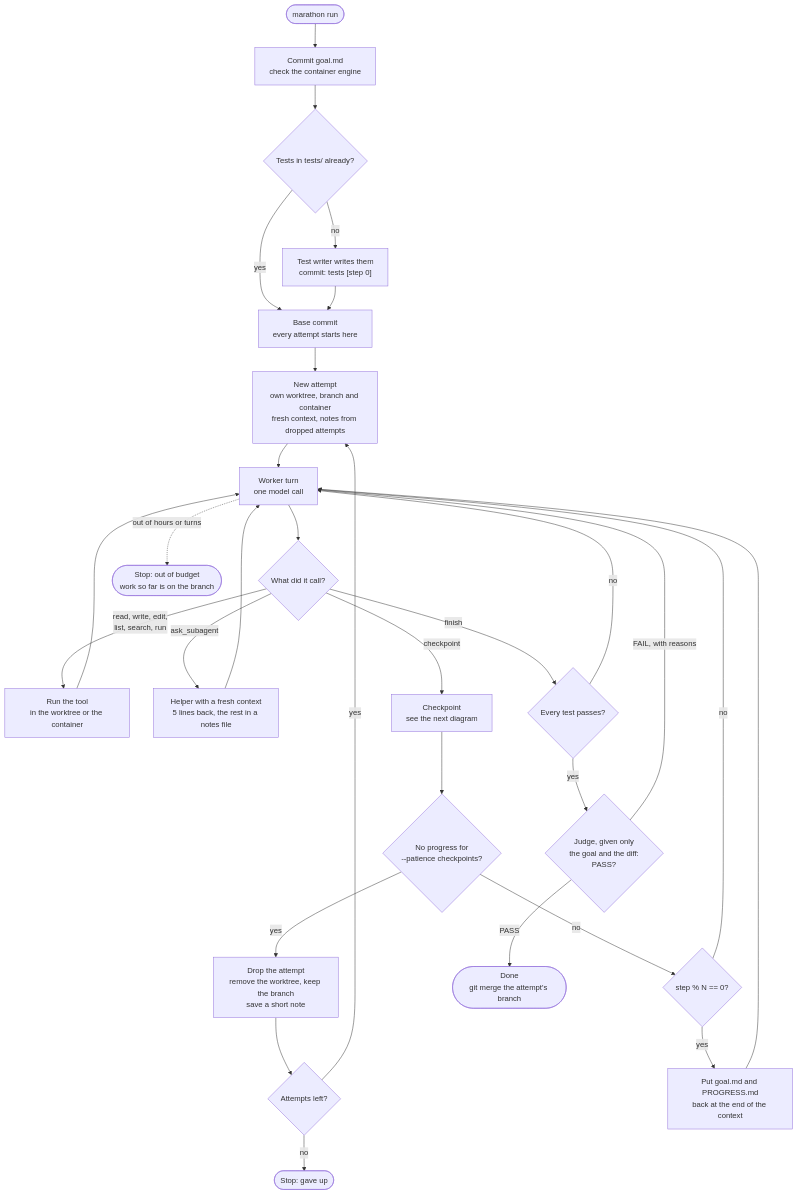
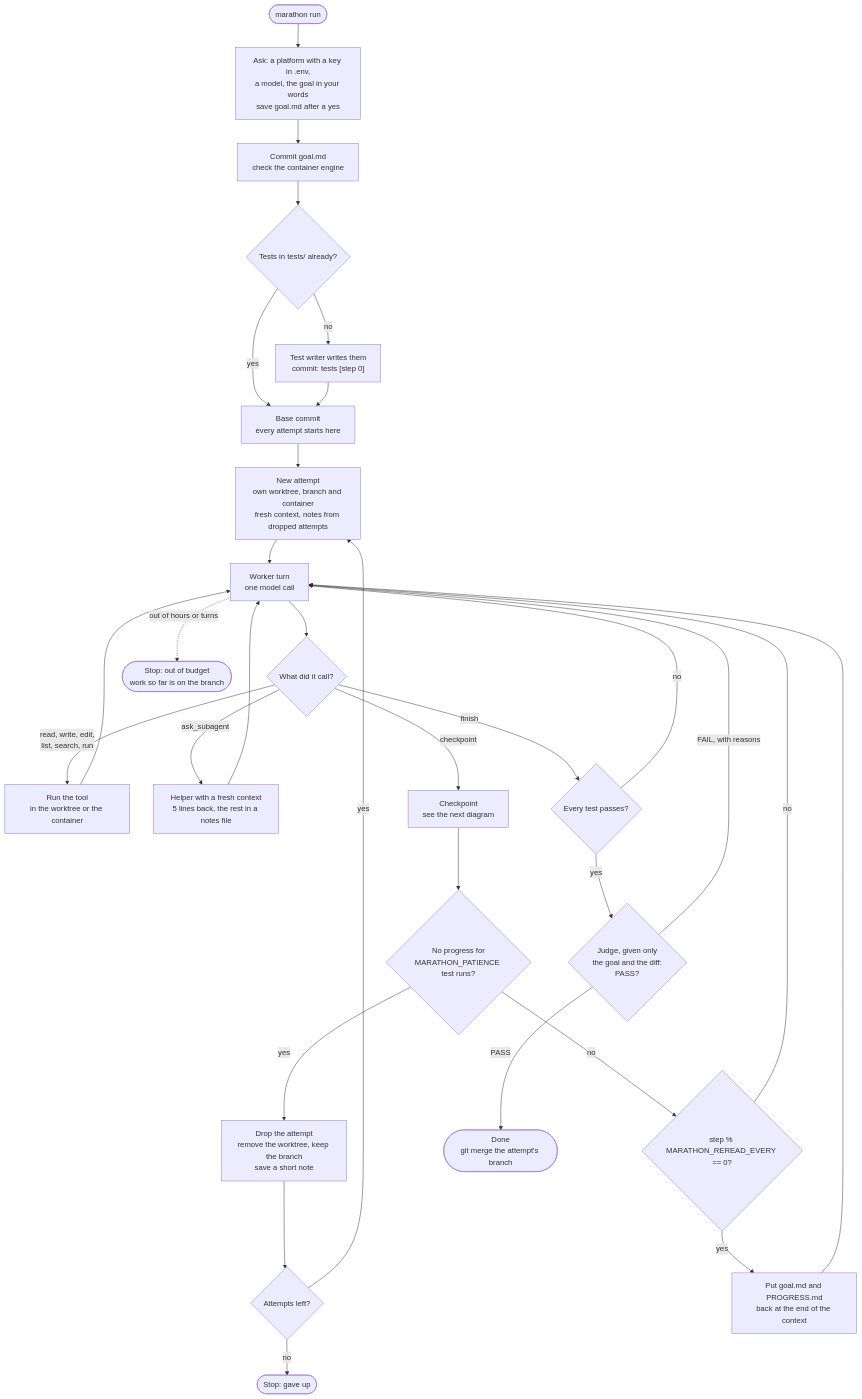
Before and after one commit to ravivats/marathon-agent: the second of 3 diagrams in docs/architecture.md, drawn with Mermaid. The commit also changed other lines of this file and 10 other files, not shown here.

````diff
--- a/docs/architecture.md
+++ b/docs/architecture.md
@@ -57,36 +63,37 @@
 ```mermaid
 flowchart TD
-    start(["marathon run"]) --> prep["Commit goal.md<br/>check the container engine"]
+    start(["marathon run"]) --> ask["Ask: a platform with a key in .env,<br/>a model, the goal in your words<br/>save goal.md after a yes"]
+    ask --> prep["Commit goal.md<br/>check the container engine"]
     prep --> has{"Tests in tests/ already?"}
     has -- "no" --> tw["Test writer writes them<br/>commit: tests [step 0]"]
     has -- "yes" --> base["Base commit<br/>every attempt starts here"]
     tw --> base
 
     base --> attempt["New attempt<br/>own worktree, branch and container<br/>fresh context, notes from dropped attempts"]
     attempt --> turn["Worker turn<br/>one model call"]
     turn --> what{"What did it call?"}
 
     what -- "read, write, edit,<br/>list, search, run" --> tool["Run the tool<br/>in the worktree or the container"]
     tool --> turn
     what -- "ask_subagent" --> help["Helper with a fresh context<br/>5 lines back, the rest in a notes file"]
     help --> turn
 
     what -- "checkpoint" --> cp["Checkpoint<br/>see the next diagram"]
-    cp --> stuck{"No progress for<br/>--patience checkpoints?"}
+    cp --> stuck{"No progress for<br/>MARATHON_PATIENCE test runs?"}
     stuck -- "yes" --> drop["Drop the attempt<br/>remove the worktree, keep the branch<br/>save a short note"]
     drop --> more{"Attempts left?"}
     more -- "yes" --> attempt
     more -- "no" --> gaveup(["Stop: gave up"])
-    stuck -- "no" --> reread{"step % N == 0?"}
+    stuck -- "no" --> reread{"step % MARATHON_REREAD_EVERY == 0?"}
     reread -- "yes" --> goal["Put goal.md and PROGRESS.md<br/>back at the end of the context"]
     goal --> turn
     reread -- "no" --> turn
 
     what -- "finish" --> pass{"Every test passes?"}
     pass -- "no" --> turn
     pass -- "yes" --> judge{"Judge, given only<br/>the goal and the diff:<br/>PASS?"}
     judge -- "FAIL, with reasons" --> turn
     judge -- "PASS" --> done(["Done<br/>git merge the attempt's branch"])
 
     turn -. "out of hours or turns" .-> budget(["Stop: out of budget<br/>work so far is on the branch"])
 ```
````
